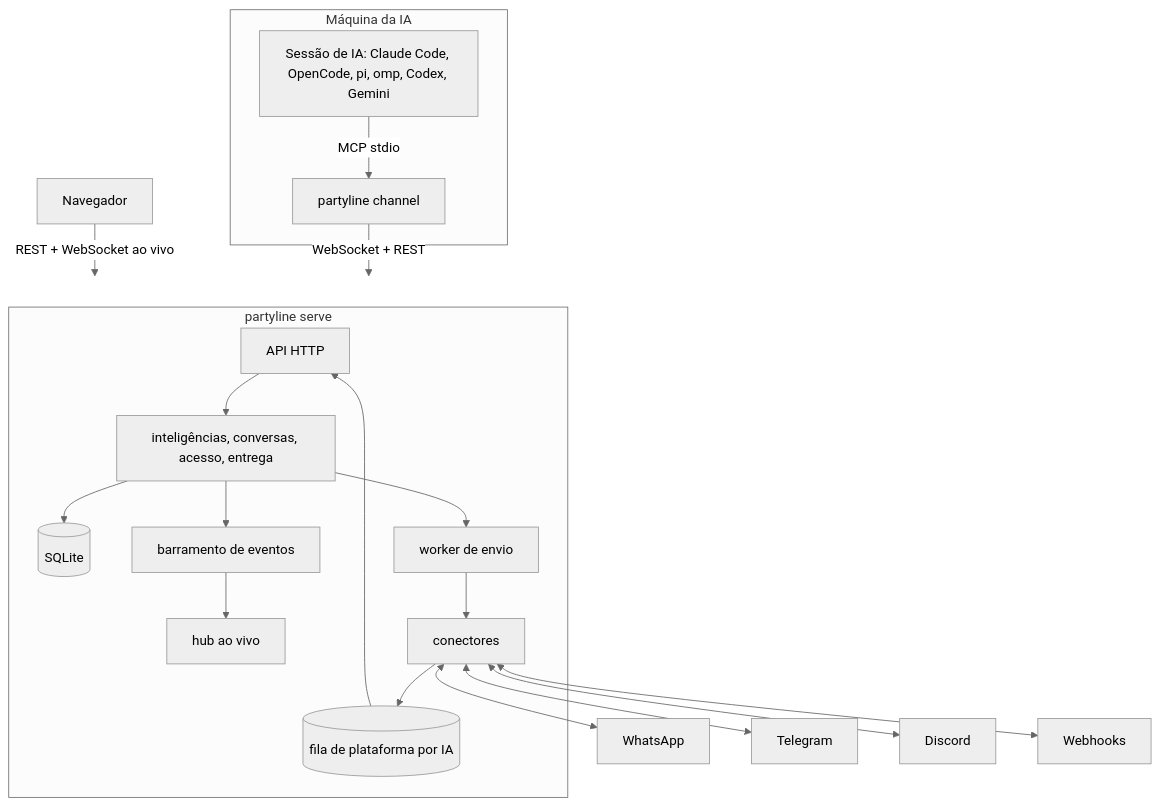
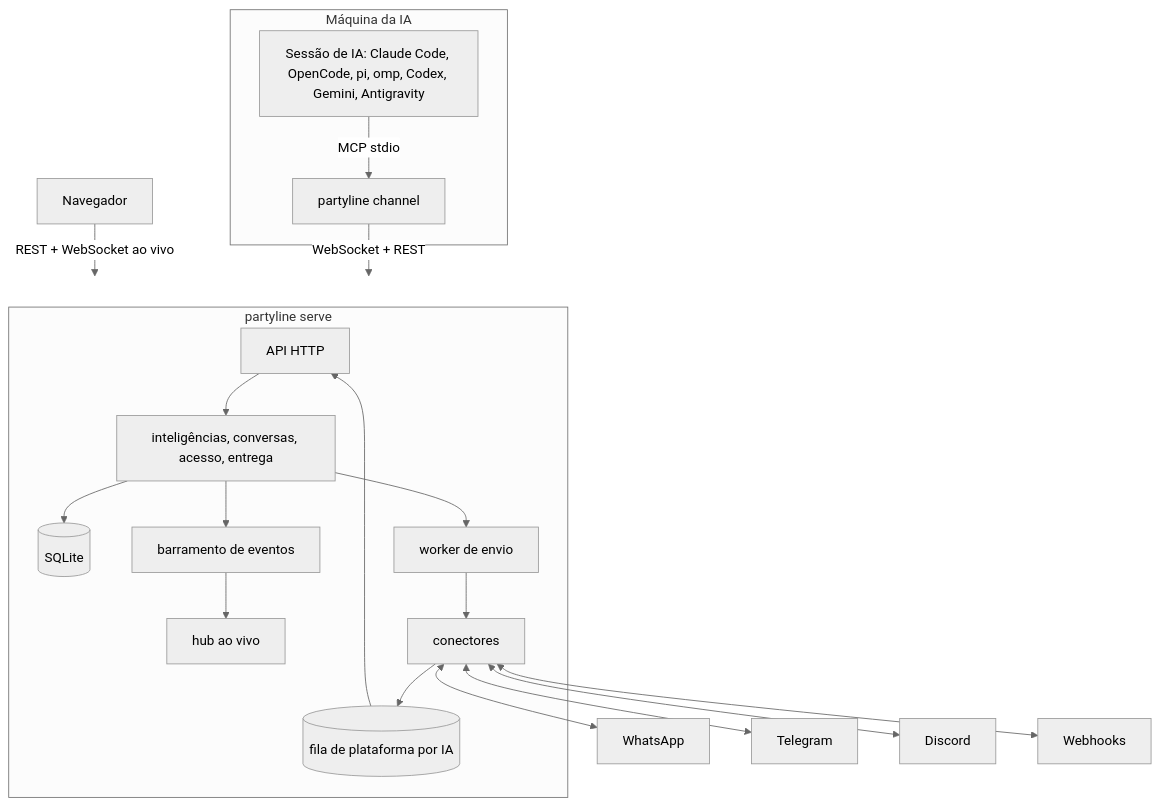
Before and after one commit to wnexous/partyline: the diagram in README.pt-BR.md, drawn with Mermaid (neutral theme). The commit also changed other lines of this file and 3 other files, not shown here.

First line of the commit message:
docs: add Antigravity CLI and move Gemini individuals to agy

````diff
--- a/README.pt-BR.md
+++ b/README.pt-BR.md
@@ -56,19 +56,19 @@
 ```mermaid
 graph TD
   subgraph host[Máquina da IA]
-    CC[Sessão de IA: Claude Code, OpenCode, pi, omp, Codex, Gemini] -- MCP stdio --> CH[partyline channel]
+    CC[Sessão de IA: Claude Code, OpenCode, pi, omp, Codex, Gemini, Antigravity] -- MCP stdio --> CH[partyline channel]
   end
   CH -- WebSocket + REST --> SRV
   Navegador -- REST + WebSocket ao vivo --> SRV
   subgraph SRV[partyline serve]
     API[API HTTP] --> SVC[inteligências, conversas, acesso, entrega]
     SVC --> DB[(SQLite)]
     SVC --> BUS[barramento de eventos]
     BUS --> LIVE[hub ao vivo]
     CON[conectores] --> Q[(fila de plataforma por IA)]
     Q --> API
     SVC --> SEND[worker de envio]
     SEND --> CON
   end
   CON <--> WA[WhatsApp] & TG[Telegram] & DC[Discord] & WH[Webhooks]
 ```
````
